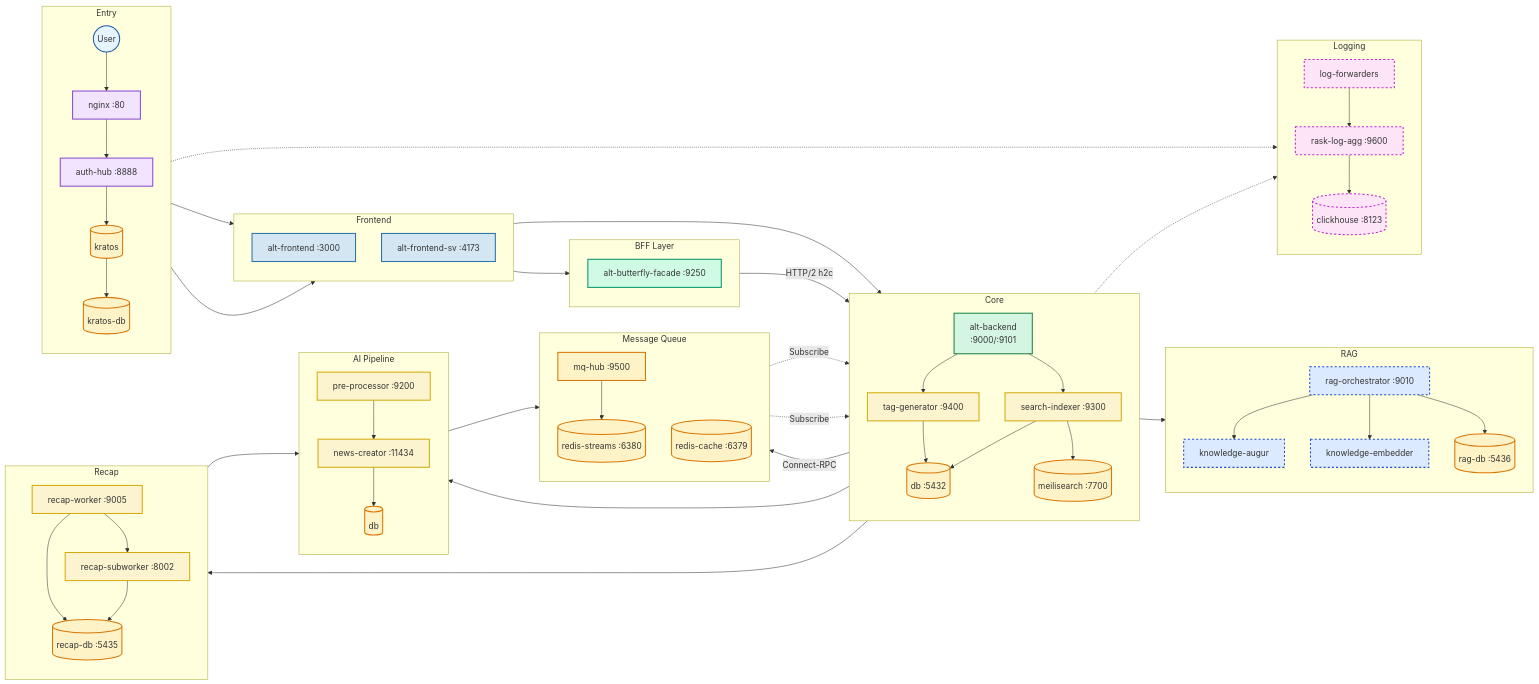
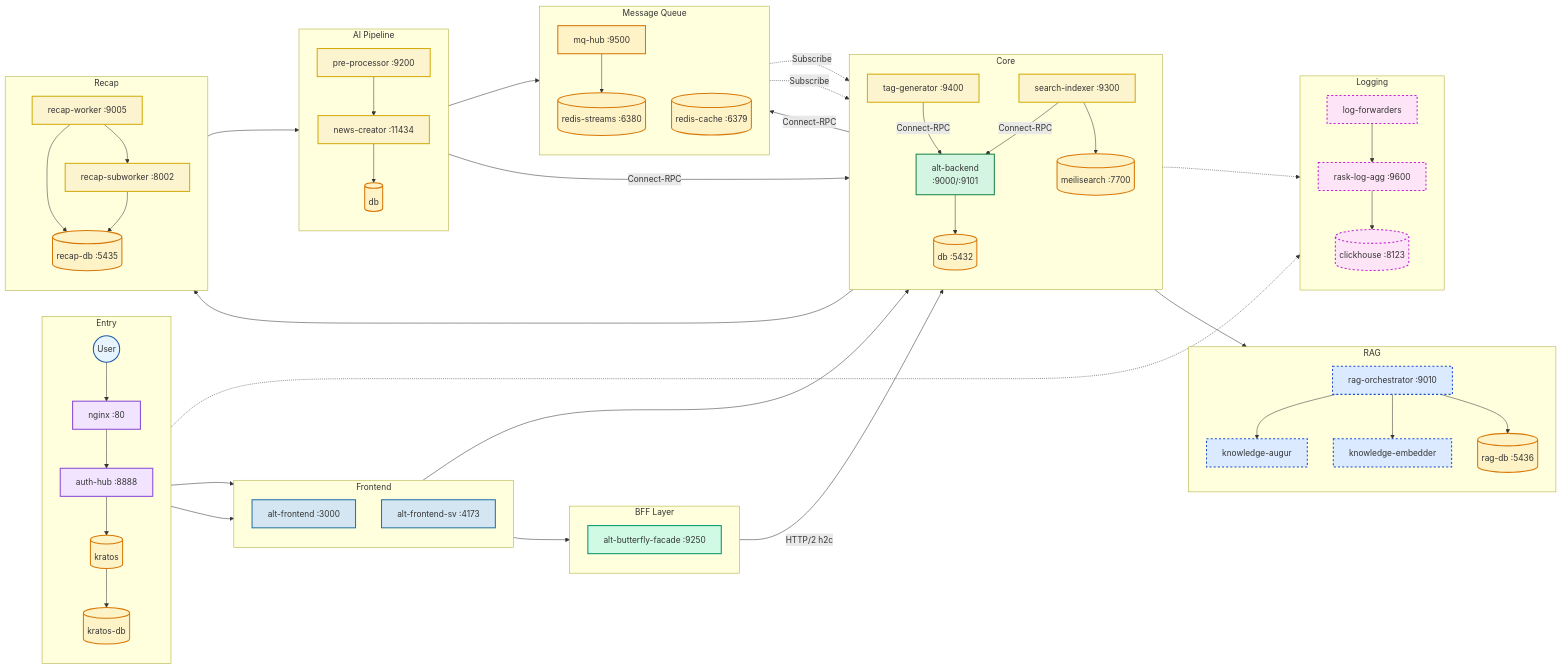
Before and after one commit to Kaikei-e/Alt: the fourth of 12 diagrams in README.md, drawn with Mermaid. The commit also changed other lines of this file, not shown here.

```diff
--- a/README.md
+++ b/README.md
@@ -372,10 +374,11 @@
     subgraph Core["Core"]
         direction TB
         API[alt-backend<br/>:9000/:9101]:::be
-        API --> Idx[search-indexer :9300]:::wk
-        API --> Tag[tag-generator :9400]:::wk
-        Idx --> DB[(db :5432)]:::db
-        Tag --> DB
+        Idx[search-indexer :9300]:::wk
+        Tag[tag-generator :9400]:::wk
+        Idx -->|Connect-RPC| API
+        Tag -->|Connect-RPC| API
+        API --> DB[(db :5432)]:::db
         Idx --> M[(meilisearch :7700)]:::db
     end
 
@@ -421,7 +424,7 @@
     F1 --> API
     F2 --> BF
     BF -->|HTTP/2 h2c| API
-    API --> PP
+    PP -->|Connect-RPC| API
     API --> RW
     API --> RO
     API -->|Connect-RPC| MQH
```
